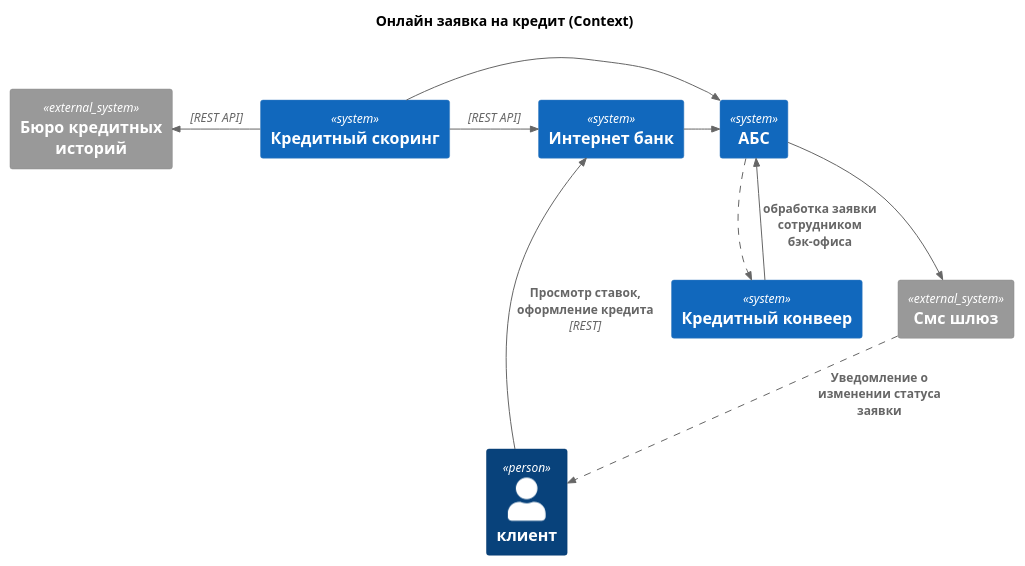
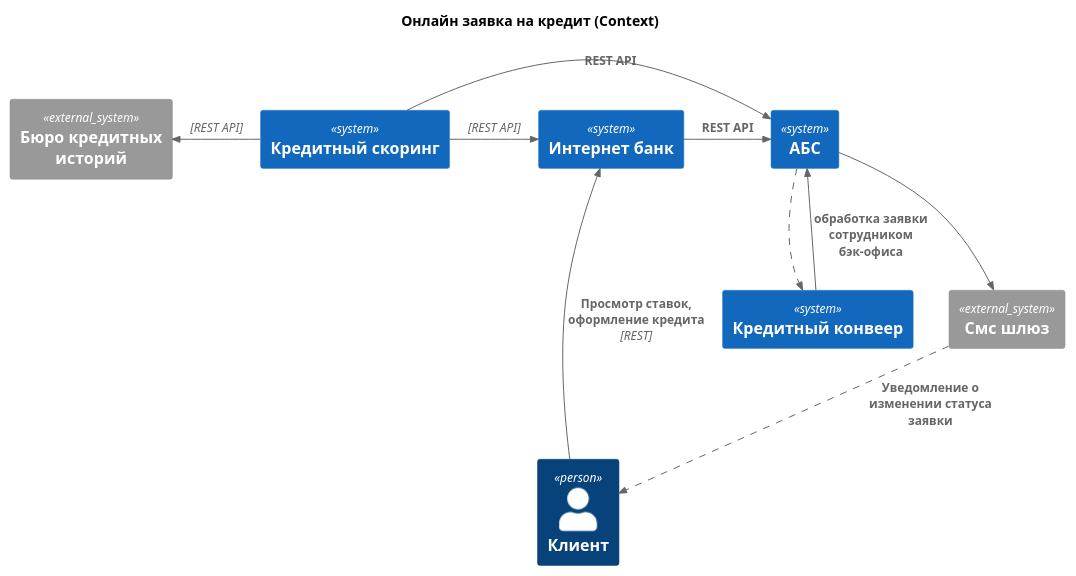
The diagram in Task5/context.puml (bugurshik/architecture-pro-standart), drawn with PlantUML before and after one commit. The commit also changed 14 other files, not shown here.

```diff
--- a/Task5/context.puml
+++ b/Task5/context.puml
@@ -1,30 +1,30 @@
 @startuml Заявка на кредит - Context Diagram
 !include https://raw.githubusercontent.com/plantuml-stdlib/C4-PlantUML/master/C4_Context.puml
 AddRelTag("asyncLine", $lineStyle=DashedLine())
 
 title  Онлайн заявка на кредит (Context)
-Person(customer, "клиент", "")
+Person(customer, "Клиент", "")
 
 System(internet_bank, "Интернет банк", "", "", "")
 
 System(abc, "АБС", "", "", "")
 System(credit_score, "Кредитный скоринг", "", "", "")
 System(conveer, "Кредитный конвеер", "", "", "")
 System_Ext(buro, "Бюро кредитных историй")
 
 System_Ext(sms_gateway, "Смс шлюз")
 
 Rel(customer, internet_bank, "Просмотр ставок, оформление кредита", "REST")
 Rel(abc, sms_gateway, "")
 
 Rel(abc, conveer, "", $tags="asyncLine" )
 Rel(conveer, abc, "обработка заявки сотрудником бэк-офиса", )
 
 Rel(sms_gateway, customer, "Уведомление о изменении статуса заявки", $tags="asyncLine")
 
-Rel_R(internet_bank, abc, "")
+Rel_R(internet_bank, abc, "REST API")
 Rel_R(credit_score, internet_bank, "", "REST API")
 Rel_L(credit_score, buro, "", "REST API")
-Rel_R(credit_score, abc, "")
+Rel_R(credit_score, abc, "REST API")
 
 @enduml
```
